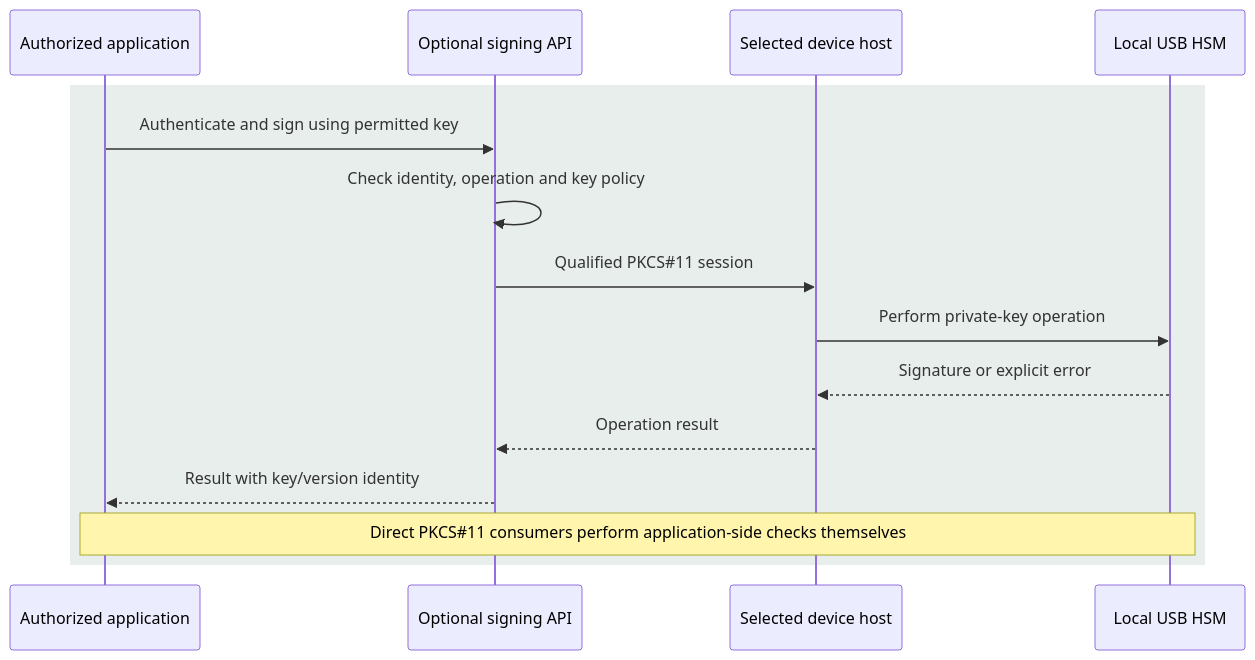
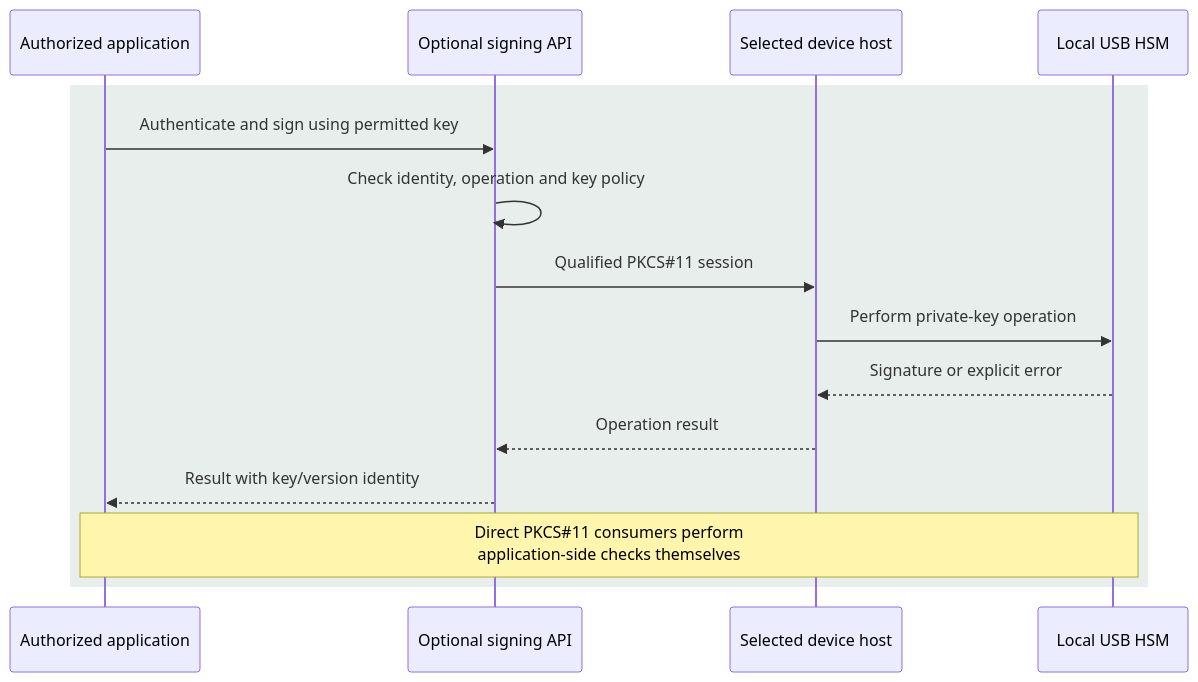
Before and after one commit to Rexus/homelab: the second of 2 diagrams in docs/01-architecture/08-cryptography/04-usb-hsm.md, drawn with Mermaid. The commit also changed other lines of this file and 124 other files, not shown here.

First line of the commit message:
fix(platform): align service diagrams and directory failover

````diff
--- a/docs/01-architecture/08-cryptography/04-usb-hsm.md
+++ b/docs/01-architecture/08-cryptography/04-usb-hsm.md
@@ -117,17 +118,17 @@
 ```mermaid
 sequenceDiagram
   participant App as Authorized application
   participant API as Optional signing API
   participant Host as Selected device host
   participant Token as Local USB HSM
   rect rgba(57, 115, 102, 0.12)
     App->>API: Authenticate and sign using permitted key
     API->>API: Check identity, operation and key policy
     API->>Host: Qualified PKCS#35;11 session
     Host->>Token: Perform private-key operation
     Token-->>Host: Signature or explicit error
     Host-->>API: Operation result
     API-->>App: Result with key/version identity
-    Note over App,Token: Direct PKCS#35;11 consumers perform application-side checks themselves
+    Note over App,Token: Direct PKCS#35;11 consumers perform<br/>application-side checks themselves
   end
 ```
````
